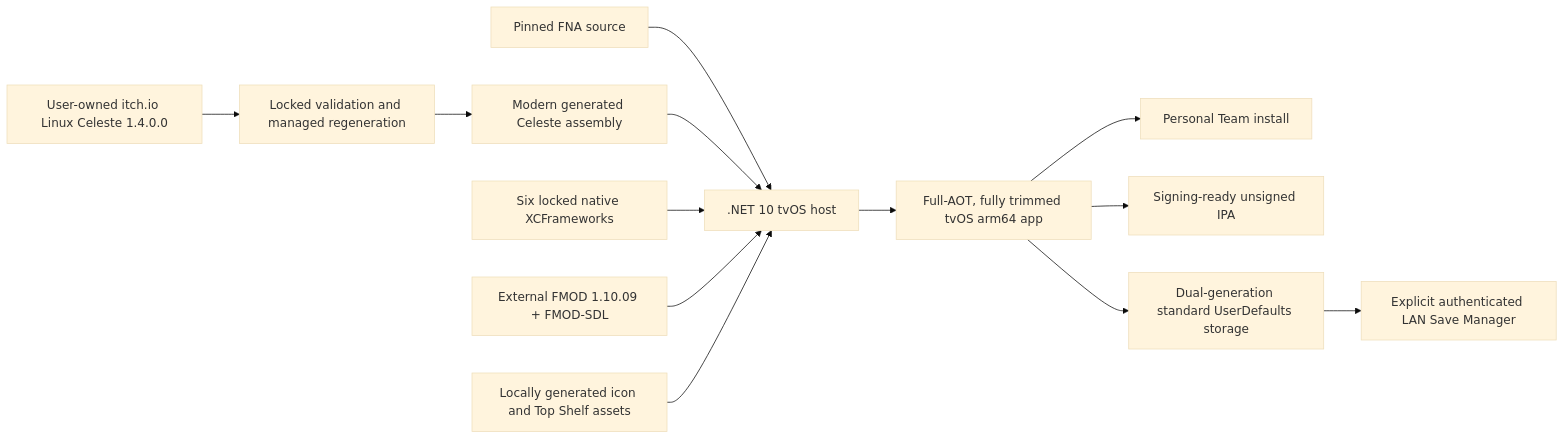
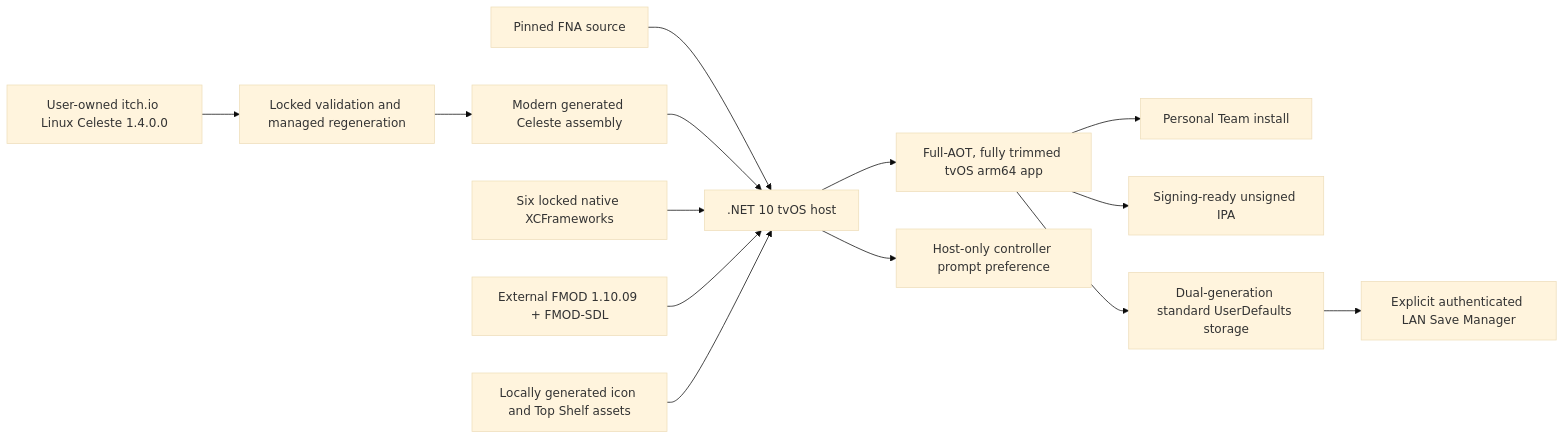
Before and after one commit to hmcneill46/celeste-ios: the diagram in docs/STATUS.md, drawn with Mermaid (base theme). The commit also changed other lines of this file and 20 other files, not shown here.

````diff
--- a/docs/STATUS.md
+++ b/docs/STATUS.md
@@ -31,15 +31,16 @@
 ```mermaid
 flowchart LR
     U["User-owned itch.io Linux Celeste 1.4.0.0"] --> G["Locked validation and managed regeneration"]
     G --> C["Modern generated Celeste assembly"]
     F["Pinned FNA source"] --> H[".NET 10 tvOS host"]
     C --> H
     N["Six locked native XCFrameworks"] --> H
     M["External FMOD 1.10.09 + FMOD-SDL"] --> H
     A["Locally generated icon and Top Shelf assets"] --> H
     H --> P["Full-AOT, fully trimmed tvOS arm64 app"]
     P --> D["Personal Team install"]
     P --> I["Signing-ready unsigned IPA"]
     P --> S["Dual-generation standard UserDefaults storage"]
     S --> W["Explicit authenticated LAN Save Manager"]
+    H --> B["Host-only controller prompt preference"]
 ```
````
